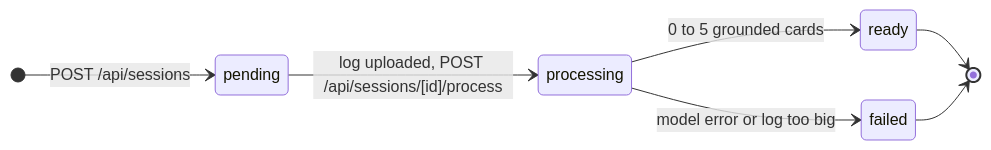
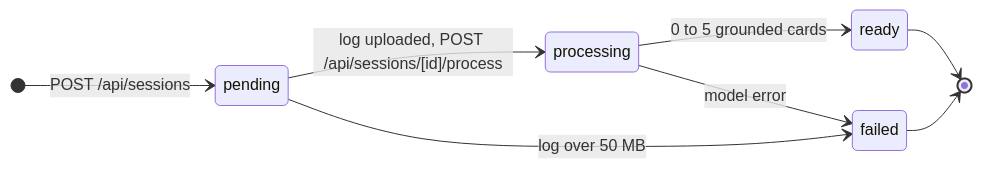
Before and after one commit to Khaan25/session-coach: the first of 2 diagrams in README.md, drawn with Mermaid. The commit also changed other lines of this file, not shown here.

Commit message:
docs: mark unbuilt steps and fix the oversize failure edge

````diff
--- a/README.md
+++ b/README.md
@@ -22,10 +24,11 @@
 ```mermaid
 stateDiagram-v2
     direction LR
     [*] --> pending: POST /api/sessions
     pending --> processing: log uploaded, POST /api/sessions/[id]/process
+    pending --> failed: log over 50 MB
     processing --> ready: 0 to 5 grounded cards
-    processing --> failed: model error or log too big
+    processing --> failed: model error
     ready --> [*]
     failed --> [*]
 ```
````
